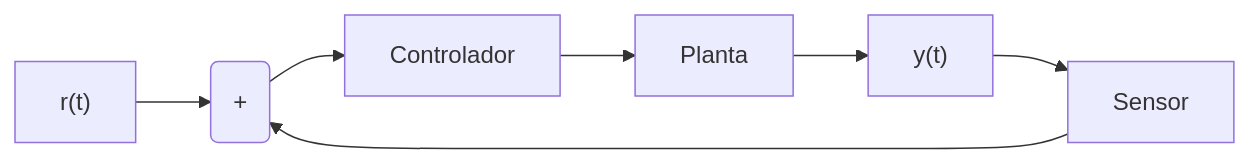
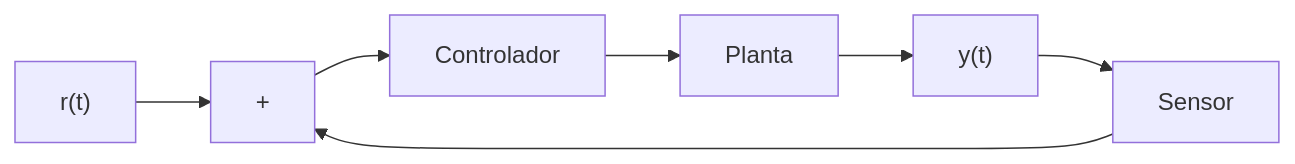
Before and after one commit to MarcoAntOliveira/controle_digital: the first of 6 diagrams in README.md, drawn with Mermaid. The commit also changed other lines of this file, not shown here.

````diff
--- a/README.md
+++ b/README.md
@@ -23,10 +23,9 @@
 ```mermaid
 graph LR
-    R["r(t)"] --> S1("+")
+    R["r(t)"] --> S1["+"]
     S1 --> C["Controlador"]
     C --> P["Planta"]
     P --> Y["y(t)"]
     Y --> S["Sensor"]
     S --> S1
-    style S1 circle
 ```
````
